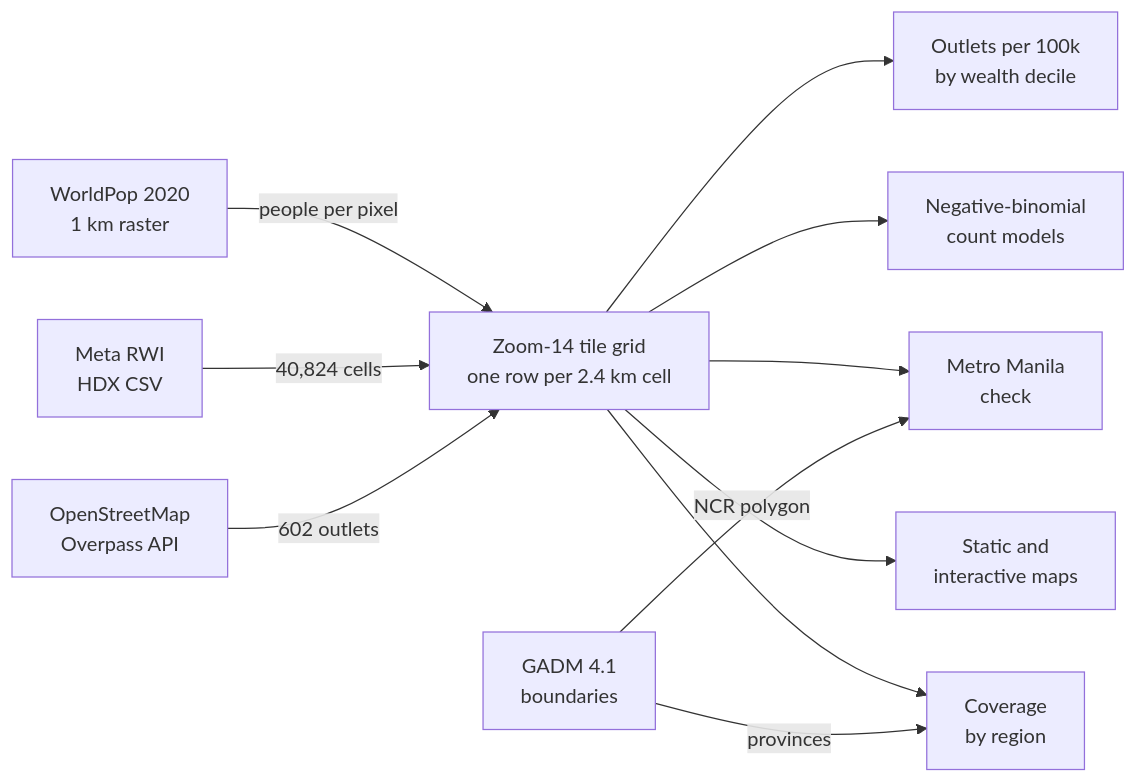
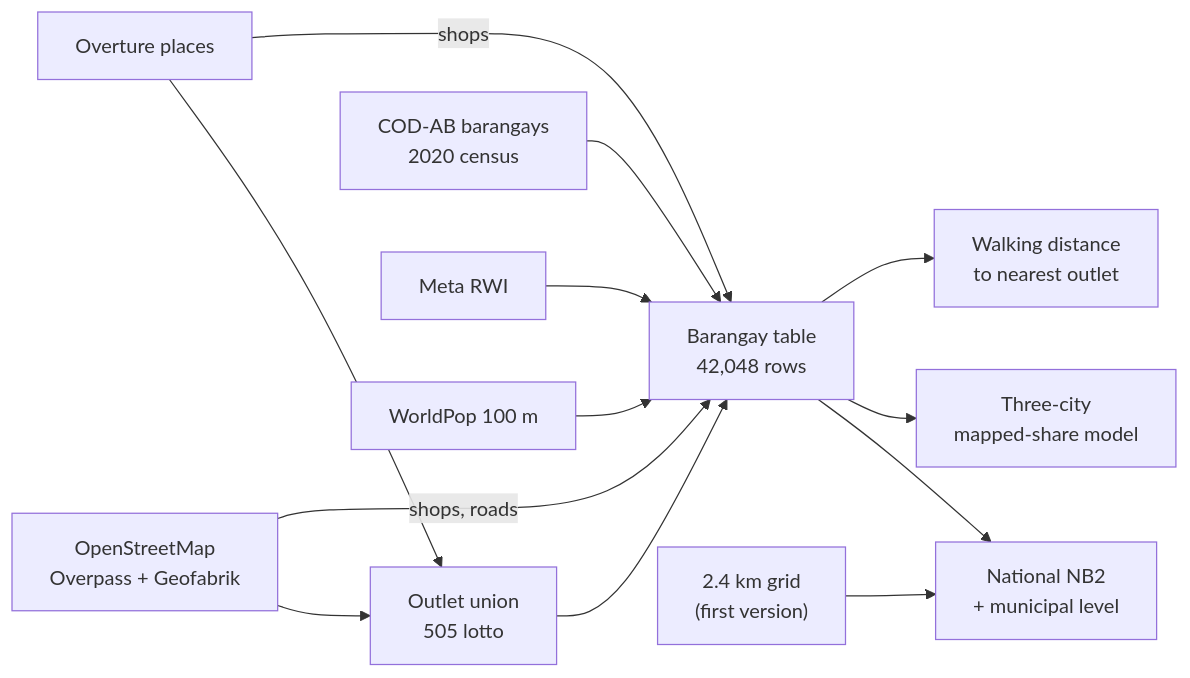
One commit to earlcyu-petcircle/ph-lottery-outlets changed the diagram in README.md. Above: the diagram before and after it, drawn with Mermaid. The commit also changed other lines of this file and 28 other files, not shown here.

First line of the commit message:
feat: Redesign PH lottery outlet study with commerce controls and mapped-share model

````diff
--- a/README.md
+++ b/README.md
@@ -176,13 +288,15 @@
 ```mermaid
 flowchart LR
-  osm["OpenStreetMap<br/>Overpass API"] -->|602 outlets| grid
-  rwi["Meta RWI<br/>HDX CSV"] -->|40,824 cells| grid
-  pop["WorldPop 2020<br/>1 km raster"] -->|people per pixel| grid
-  grid["Zoom-14 tile grid<br/>one row per 2.4 km cell"] --> dec["Outlets per 100k<br/>by wealth decile"]
-  grid --> nb["Negative-binomial<br/>count models"]
-  gadm["GADM 4.1<br/>boundaries"] -->|NCR polygon| ncr["Metro Manila<br/>check"]
-  grid --> ncr
-  gadm -->|provinces| cov["Coverage<br/>by region"]
-  grid --> cov
-  grid --> maps["Static and<br/>interactive maps"]
+  osm["OpenStreetMap<br/>Overpass + Geofabrik"] --> out["Outlet union<br/>505 lotto"]
+  ov["Overture places"] --> out
+  osm -->|shops, roads| brgy
+  ov -->|shops| brgy
+  cod["COD-AB barangays<br/>2020 census"] --> brgy["Barangay table<br/>42,048 rows"]
+  rwi["Meta RWI"] --> brgy
+  wp["WorldPop 100 m"] --> brgy
+  out --> brgy
+  brgy --> nat["National NB2<br/>+ municipal level"]
+  brgy --> city["Three-city<br/>mapped-share model"]
+  brgy --> acc["Walking distance<br/>to nearest outlet"]
+  grid["2.4 km grid<br/>(first version)"] --> nat
 ```
````
